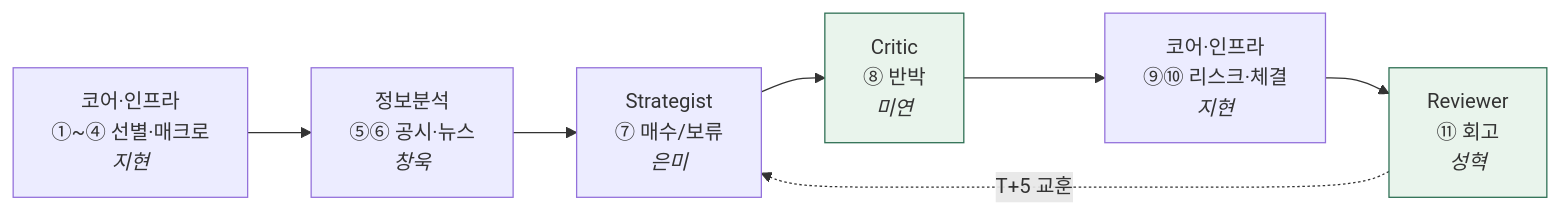
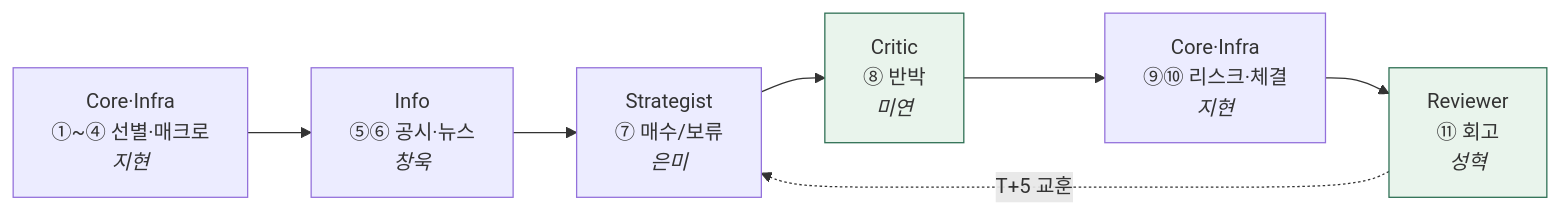
The diagram in documents/에이전트/index.md (jaymunsh/quantinue-wiki), drawn with Mermaid before and after one commit. The commit also changed other lines of this file and 21 other files, not shown here.

````diff
--- a/documents/에이전트/index.md
+++ b/documents/에이전트/index.md
@@ -19,13 +20,13 @@
 ```mermaid
 flowchart LR
-  CORE["코어·인프라<br/>①~④ 선별·매크로<br/><i>지현</i>"] --> INFO["정보분석<br/>⑤⑥ 공시·뉴스<br/><i>창욱</i>"]
+  CORE["Core·Infra<br/>①~④ 선별·매크로<br/><i>지현</i>"] --> INFO["Info<br/>⑤⑥ 공시·뉴스<br/><i>창욱</i>"]
   INFO --> ST["Strategist<br/>⑦ 매수/보류<br/><i>은미</i>"]
   ST --> CR["Critic<br/>⑧ 반박<br/><i>미연</i>"]
-  CR --> EXE["코어·인프라<br/>⑨⑩ 리스크·체결<br/><i>지현</i>"]
+  CR --> EXE["Core·Infra<br/>⑨⑩ 리스크·체결<br/><i>지현</i>"]
   EXE --> RV["Reviewer<br/>⑪ 회고<br/><i>성혁</i>"]
   RV -.T+5 교훈.-> ST
   classDef done fill:#e9f4ec,stroke:#2C6E52
   class RV,CR done
   click CR "critic.md"
   click RV "reviewer.md"
 ```
````
